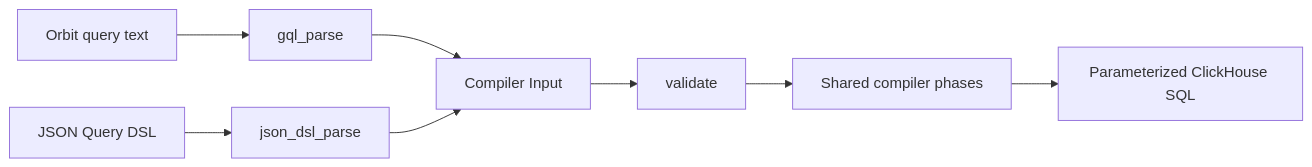
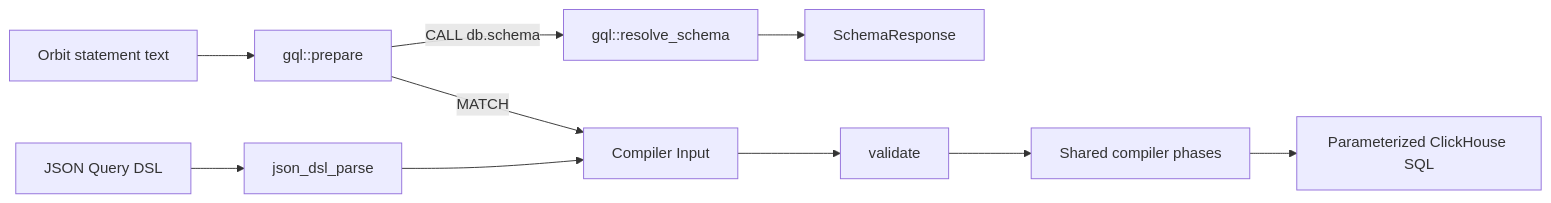
One commit to gitlabhq/orbit-knowledge-graph changed the diagram in docs/design-documents/querying/orbit_query_frontend.md. Above: the diagram before and after it, drawn with Mermaid. The commit also changed other lines of this file and 11 other files, not shown here.

Commit message:
feat(gql): add call for schema inspection

````diff
--- a/docs/design-documents/querying/orbit_query_frontend.md
+++ b/docs/design-documents/querying/orbit_query_frontend.md
@@ -29,10 +29,12 @@
 ```mermaid
 flowchart LR
-    Gql[Orbit query text] --> GqlParse[gql_parse]
+    Gql[Orbit statement text] --> GqlPrepare[gql::prepare]
+    GqlPrepare -->|MATCH| Input[Compiler Input]
+    GqlPrepare -->|CALL db.schema| Resolve[gql::resolve_schema]
+    Resolve --> Schema[SchemaResponse]
     JSON[JSON Query DSL] --> JsonDslParse[json_dsl_parse]
-    GqlParse --> Input[Compiler Input]
     JsonDslParse --> Input
     Input --> Validate[validate]
     Validate --> Pipeline[Shared compiler phases]
     Pipeline --> SQL[Parameterized ClickHouse SQL]
 ```
````
